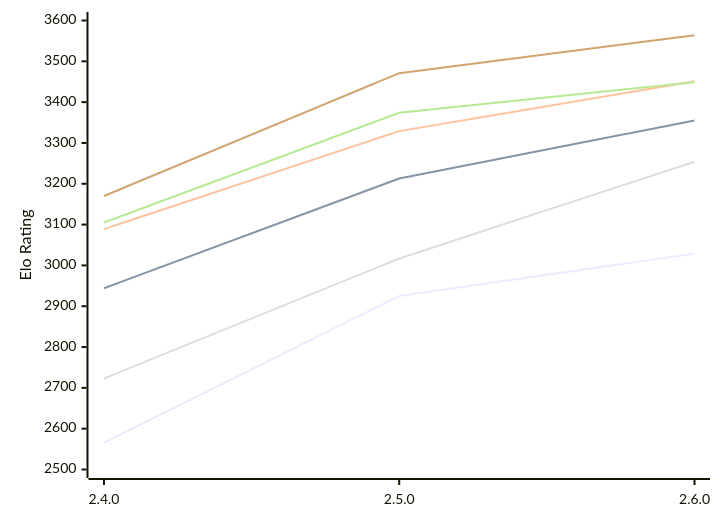
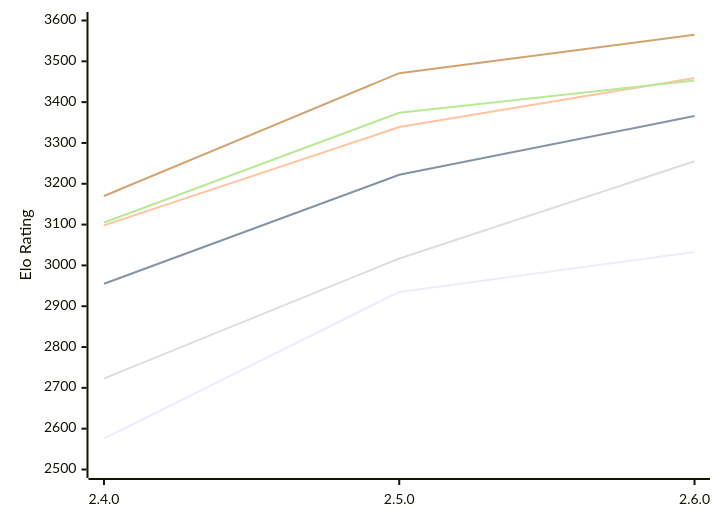
One commit to computer-chess-index/cci changed the diagram in engines/Rarog.md. Above: the diagram before and after it, drawn with Mermaid. The commit also changed other lines of this file, not shown here.

Commit message:
Update CCI Ratings (ELO VLTC) - 2026-11-07

````diff
--- a/engines/Rarog.md
+++ b/engines/Rarog.md
@@ -51,12 +51,12 @@
 ```mermaid
 %%{init: {"theme":"base","themeVariables":{"seriesColors:['#a3a3a3','#222221','#faa371']}}}%%
 xychart-beta
   x-axis ["2.4.0", "2.5.0", "2.6.0"]
   y-axis "Elo Rating" 2500 --> 3600
-  line "E1: STC (8.0+0.08s)" [2566, 2925, 3029]
-  line "E1: LTC (60.0+0.60s)" [2944, 3213, 3355]
-  line "E1: VLTC (2m24s+1.12s)" [3089, 3329, 3451]
-  line "P1: STC (8.0+0.08s)" [2723, 3017, 3254]
-  line "P1: LTC (60.0+0.60s)" [3105, 3374, 3449]
-  line "P1: VLTC (2m24s+1.12s)" [3170, 3471, 3564]
+  line "E1: STC (8.0+0.08s)" [2576, 2935, 3033]
+  line "E1: LTC (60.0+0.60s)" [2955, 3222, 3366]
+  line "E1: VLTC (2m24s+1.12s)" [3098, 3339, 3459]
+  line "P1: STC (8.0+0.08s)" [2723, 3017, 3255]
+  line "P1: LTC (60.0+0.60s)" [3105, 3374, 3453]
+  line "P1: VLTC (2m24s+1.12s)" [3170, 3471, 3565]
 ```
````
